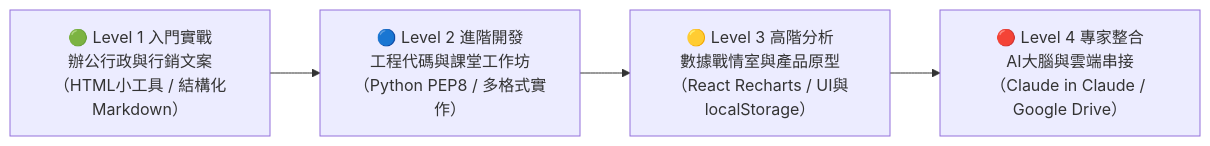
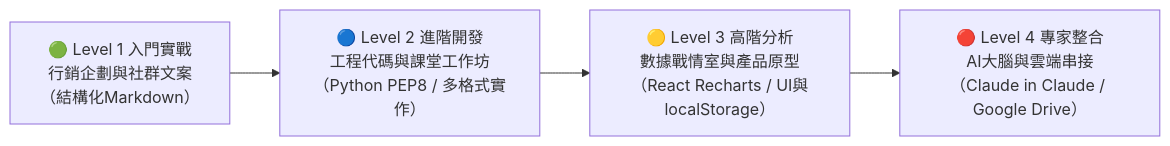
One commit to roberthsu2003/workflow-productivity changed the third of 3 diagrams in Claude_ai/Artifacts/README.md. Above: the diagram before and after it, drawn with Mermaid. The commit also changed other lines of this file and 2 other files, not shown here.

````diff
--- a/Claude_ai/Artifacts/README.md
+++ b/Claude_ai/Artifacts/README.md
@@ -154,6 +154,6 @@
 ```mermaid
 graph LR
-    L1["🟢 Level 1 入門實戰<br/>辦公行政與行銷文案<br/>（HTML小工具 / 結構化Markdown）"] --> L2["🔵 Level 2 進階開發<br/>工程代碼與課堂工作坊<br/>（Python PEP8 / 多格式實作）"]
+    L1["🟢 Level 1 入門實戰<br/>行銷企劃與社群文案<br/>（結構化Markdown）"] --> L2["🔵 Level 2 進階開發<br/>工程代碼與課堂工作坊<br/>（Python PEP8 / 多格式實作）"]
     L2 --> L3["🟡 Level 3 高階分析<br/>數據戰情室與產品原型<br/>（React Recharts / UI與localStorage）"]
     L3 --> L4["🔴 Level 4 專家整合<br/>AI大腦與雲端串接<br/>（Claude in Claude / Google Drive）"]
 ```
````
